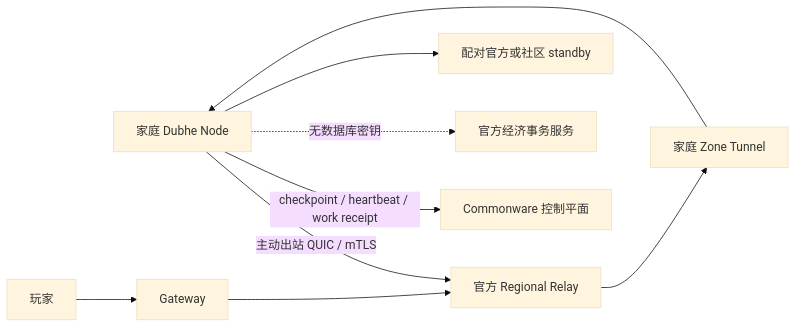
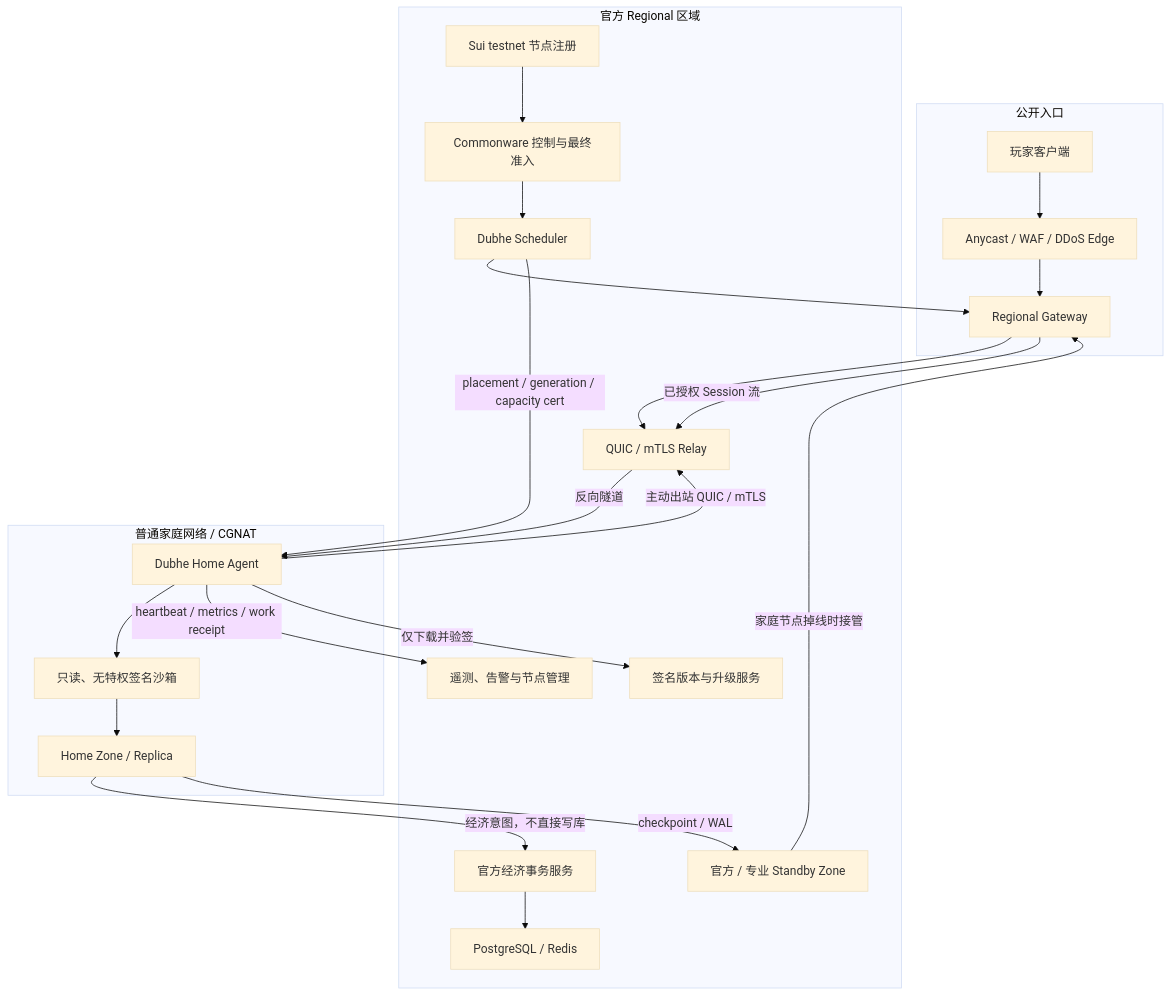
One commit to Zombieliu/mir2 changed the diagram in mir2-web3/docs/HOME-NODE-ROADMAP.zh-CN.md. Above: the diagram before and after it, drawn with Mermaid (base theme). The commit also changed other lines of this file and 1 other file, not shown here.

Commit message:
docs: define Home Node beta architecture

````diff
--- a/mir2-web3/docs/HOME-NODE-ROADMAP.zh-CN.md
+++ b/mir2-web3/docs/HOME-NODE-ROADMAP.zh-CN.md
@@ -35,11 +35,33 @@
 ```mermaid
-flowchart LR
-  H["家庭 Dubhe Node"] -->|"主动出站 QUIC / mTLS"| R["官方 Regional Relay"]
-  P["玩家"] --> G["Gateway"]
-  G --> R
-  R --> Z["家庭 Zone Tunnel"]
-  Z --> H
-  H -->|"checkpoint / heartbeat / work receipt"| C["Commonware 控制平面"]
-  H -. "无数据库密钥" .-> E["官方经济事务服务"]
-  H --> S["配对官方或社区 standby"]
+flowchart TB
+  subgraph Public["公开入口"]
+    P["玩家客户端"] --> D["Anycast / WAF / DDoS Edge"]
+    D --> G["Regional Gateway"]
+  end
+
+  subgraph Regional["官方 Regional 区域"]
+    G --> R["QUIC / mTLS Relay"]
+    SC["Dubhe Scheduler"] --> G
+    CW["Commonware 控制与最终准入"] --> SC
+    SU["Sui testnet 节点注册"] --> CW
+    E["官方经济事务服务"] --> DB["PostgreSQL / Redis"]
+    U["签名版本与升级服务"]
+    T["遥测、告警与节点管理"]
+    O["官方 / 专业 Standby Zone"]
+  end
+
+  subgraph Home["普通家庭网络 / CGNAT"]
+    A["Dubhe Home Agent"] -->|"主动出站 QUIC / mTLS"| R
+    A --> B["只读、无特权签名沙箱"]
+    B --> Z["Home Zone / Replica"]
+    A -->|"heartbeat / metrics / work receipt"| T
+    A -->|"仅下载并验签"| U
+  end
+
+  G -->|"已授权 Session 流"| R
+  R -->|"反向隧道"| A
+  SC -->|"placement / generation / capacity cert"| A
+  Z -->|"经济意图，不直接写库"| E
+  Z -->|"checkpoint / WAL"| O
+  O -->|"家庭节点掉线时接管"| G
 ```
````
